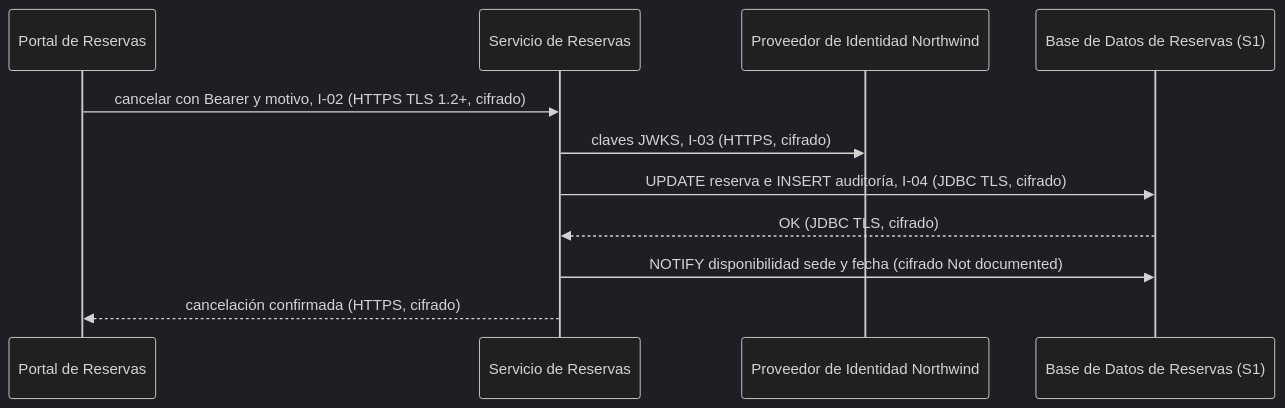
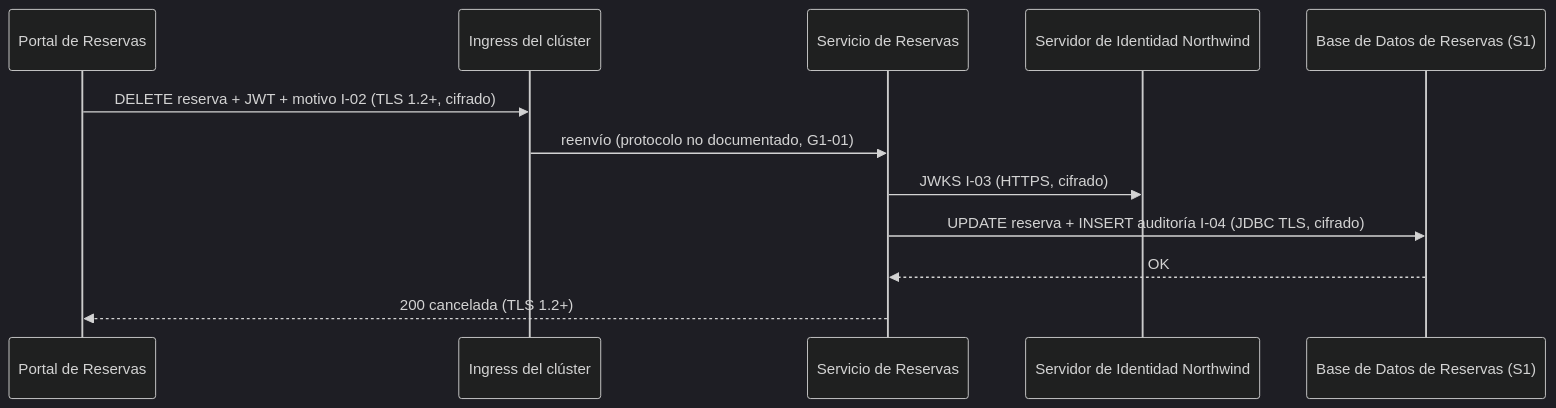
One commit to shadowX4fox/northwind-reservas changed the third of 3 diagrams in analysis/DATA-SENSITIVITY-2026-11-02.md. Above: the diagram before and after it, drawn with Mermaid (dark theme). The commit also changed other lines of this file and 8 other files, not shown here.

First line of the commit message:
I-01 e I-03 apuntan al Servidor de Identidad Northwind — un solo nombre para la identidad

````diff
--- a/analysis/DATA-SENSITIVITY-2026-11-02.md
+++ b/analysis/DATA-SENSITIVITY-2026-11-02.md
@@ -96,13 +97,14 @@
 ```mermaid
 sequenceDiagram
-  participant Portal as Portal de Reservas
-  participant Svc as Servicio de Reservas
-  participant IdP as Proveedor de Identidad Northwind
+  participant P as Portal de Reservas
+  participant I as Ingress del clúster
+  participant S as Servicio de Reservas
+  participant K as Servidor de Identidad Northwind
   participant DB as Base de Datos de Reservas (S1)
-  Portal->>Svc: cancelar con Bearer y motivo, I-02 (HTTPS TLS 1.2+, cifrado)
-  Svc->>IdP: claves JWKS, I-03 (HTTPS, cifrado)
-  Svc->>DB: UPDATE reserva e INSERT auditoría, I-04 (JDBC TLS, cifrado)
-  DB-->>Svc: OK (JDBC TLS, cifrado)
-  Svc->>DB: NOTIFY disponibilidad sede y fecha (cifrado Not documented)
-  Svc-->>Portal: cancelación confirmada (HTTPS, cifrado)
+  P->>I: DELETE reserva + JWT + motivo I-02 (TLS 1.2+, cifrado)
+  I->>S: reenvío (protocolo no documentado, G1-01)
+  S->>K: JWKS I-03 (HTTPS, cifrado)
+  S->>DB: UPDATE reserva + INSERT auditoría I-04 (JDBC TLS, cifrado)
+  DB-->>S: OK
+  S-->>P: 200 cancelada (TLS 1.2+)
 ```
````
